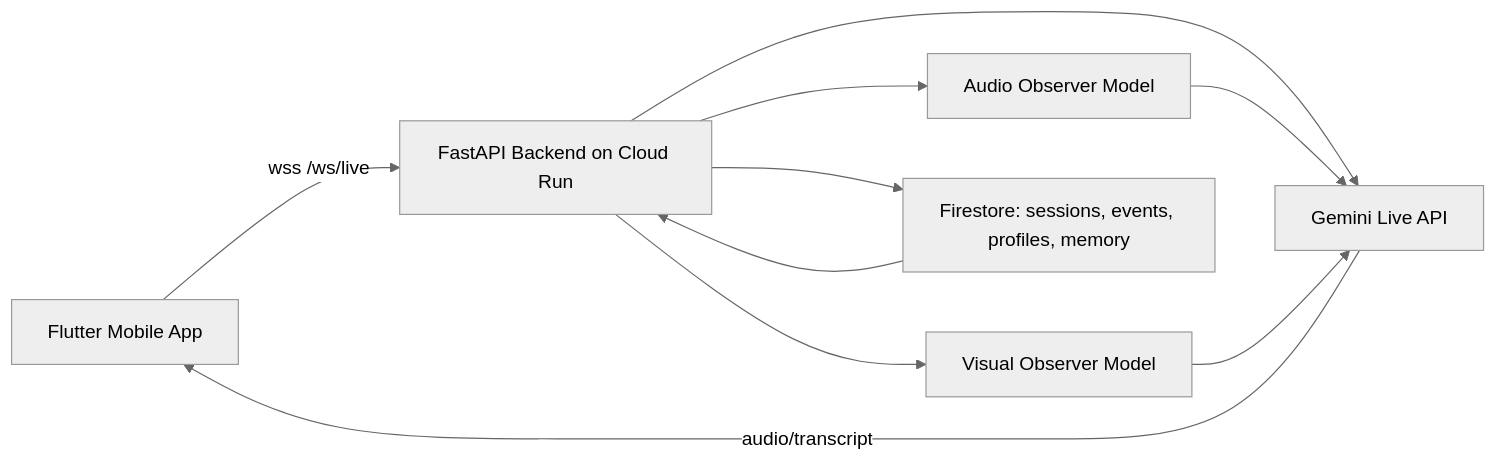
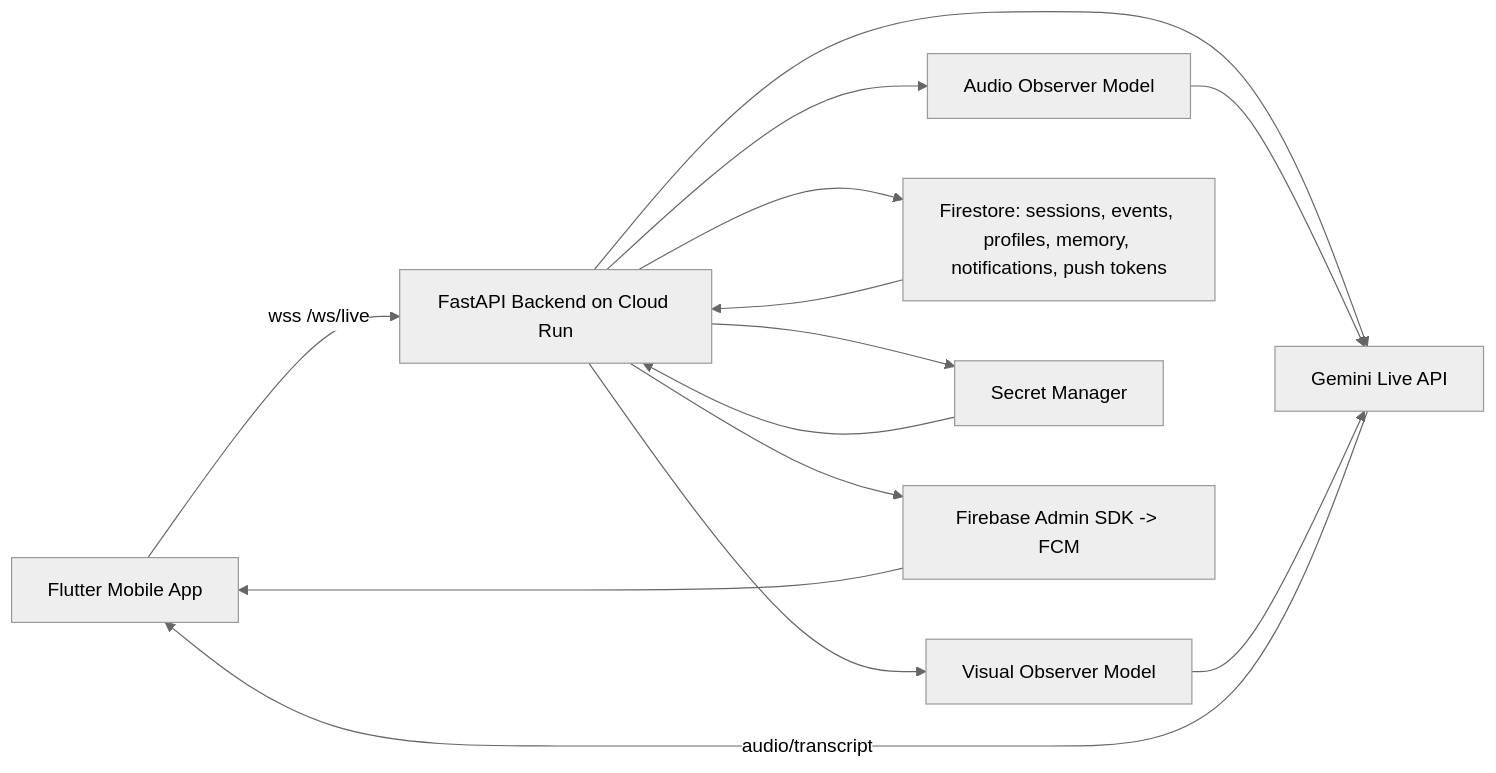
One commit to Psianturi/neuro-decode changed the diagram in README.md. Above: the diagram before and after it, drawn with Mermaid (neutral theme). The commit also changed other lines of this file and 3 other files, not shown here.

````diff
--- a/README.md
+++ b/README.md
@@ -39,12 +39,16 @@
 ```mermaid
 flowchart LR
     A[Flutter Mobile App] -->|wss /ws/live| B[FastAPI Backend on Cloud Run]
     B --> C[Gemini Live API]
     B --> D[Audio Observer Model]
     B --> E[Visual Observer Model]
-    B --> F[Firestore: sessions, events, profiles, memory]
+    B --> F[Firestore: sessions, events, profiles, memory, notifications, push tokens]
+    B --> G[Secret Manager]
+    B --> H[Firebase Admin SDK -> FCM]
     D --> C
     E --> C
     F --> B
+    G --> B
+    H --> A
     C -->|audio/transcript| A
 ```
````
